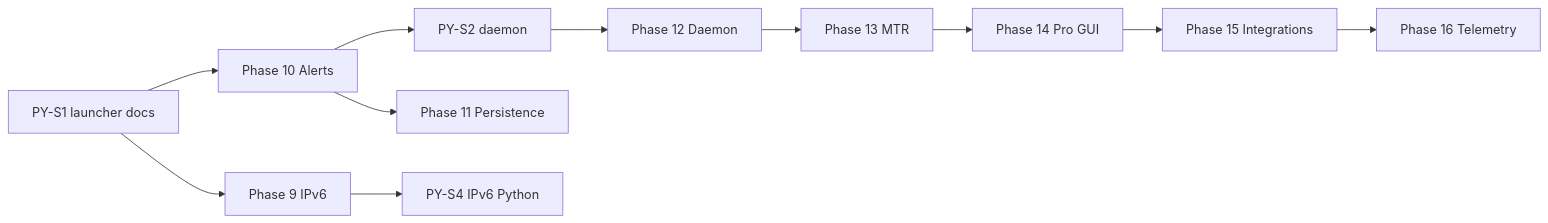
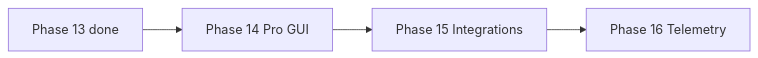
One commit to sesquicadaver/PINGUI changed the diagram in ROADMAP.en.md. Above: the diagram before and after it, drawn with Mermaid. The commit also changed other lines of this file and 6 other files, not shown here.

First line of the commit message:
Make ROADMAP NEXT the single autopilot task pointer.

````diff
--- a/ROADMAP.en.md
+++ b/ROADMAP.en.md
@@ -63,13 +66,6 @@
 ```mermaid
 flowchart LR
-  PY1[PY-S1 launcher docs] --> F9[Phase 9 IPv6]
-  PY1 --> F10[Phase 10 Alerts]
-  F10 --> PY2[PY-S2 daemon]
-  F10 --> F11[Phase 11 Persistence]
-  PY2 --> F12[Phase 12 Daemon]
-  F12 --> F13[Phase 13 MTR]
-  F13 --> F14[Phase 14 Pro GUI]
+  F13[Phase 13 done] --> F14[Phase 14 Pro GUI]
   F14 --> F15[Phase 15 Integrations]
   F15 --> F16[Phase 16 Telemetry]
-  F9 --> PY4[PY-S4 IPv6 Python]
 ```
````
